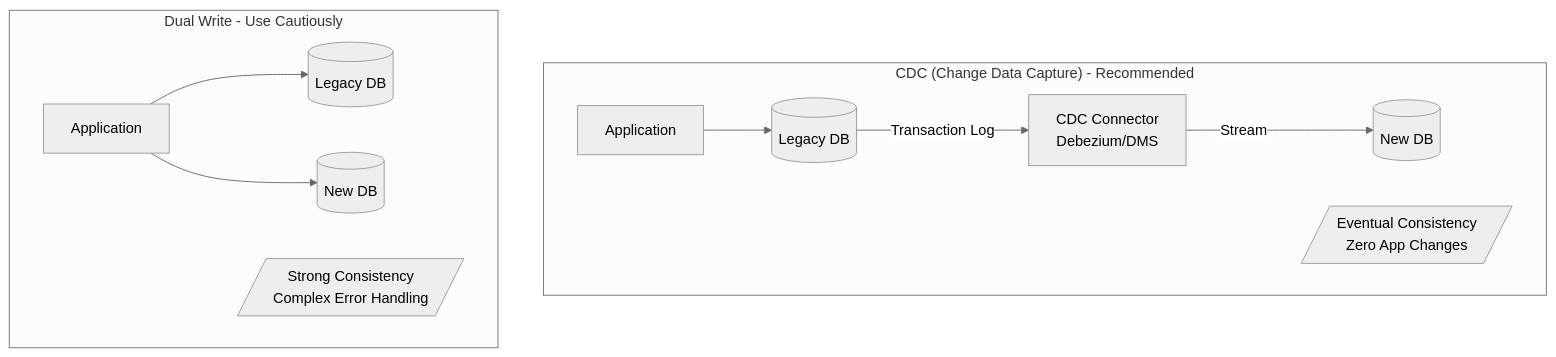
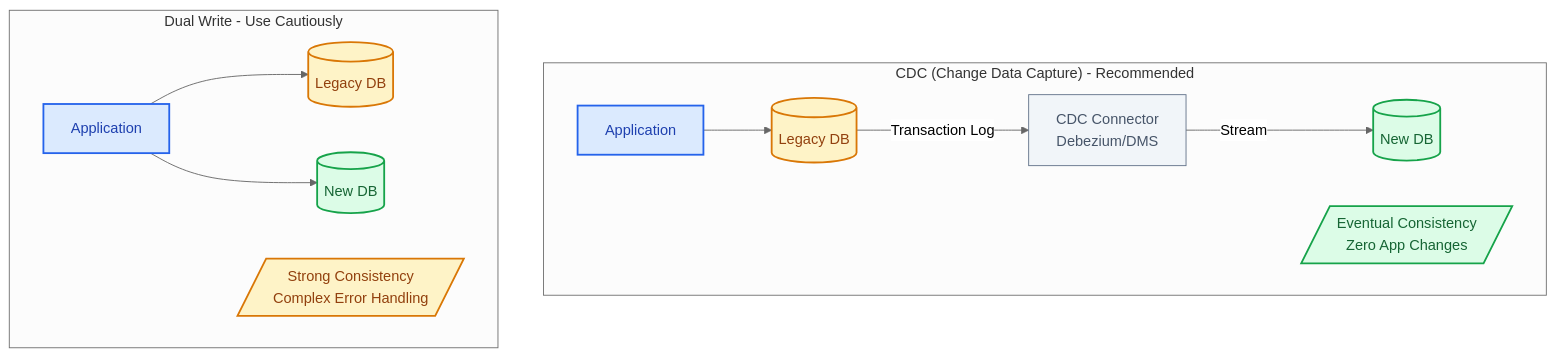
Before and after one commit to udaytamma/Cyrus: the third of 5 diagrams in gemini-responses/strangler-fig-pattern-20260120-0919.md, drawn with Mermaid (neutral theme). The commit also changed other lines of this file and 28 other files, not shown here.

First line of the commit message:
Upgrade Knowledge Base Mermaid diagrams to professional styling

````diff
--- a/gemini-responses/strangler-fig-pattern-20260120-0919.md
+++ b/gemini-responses/strangler-fig-pattern-20260120-0919.md
@@ -200,15 +220,27 @@
 ```mermaid
 flowchart TB
-    subgraph "CDC (Change Data Capture) - Recommended"
+    subgraph CDCPattern["CDC (Change Data Capture) - Recommended"]
         App1[Application] --> LDB1[(Legacy DB)]
-        LDB1 -->|Transaction Log| CDC[CDC Connector<br/>Debezium/DMS]
-        CDC -->|Stream| NDB1[(New DB)]
+        LDB1 -->|"Transaction Log"| CDC[CDC Connector<br/>Debezium/DMS]
+        CDC -->|"Stream"| NDB1[(New DB)]
         Note1[/"Eventual Consistency<br/>Zero App Changes"/]
     end
 
-    subgraph "Dual Write - Use Cautiously"
+    subgraph DualWritePattern["Dual Write - Use Cautiously"]
         App2[Application] --> LDB2[(Legacy DB)]
         App2 --> NDB2[(New DB)]
         Note2[/"Strong Consistency<br/>Complex Error Handling"/]
     end
+
+    classDef primary fill:#dbeafe,stroke:#2563eb,color:#1e40af,stroke-width:2px
+    classDef success fill:#dcfce7,stroke:#16a34a,color:#166534,stroke-width:2px
+    classDef warning fill:#fef3c7,stroke:#d97706,color:#92400e,stroke-width:2px
+    classDef neutral fill:#f1f5f9,stroke:#64748b,color:#475569,stroke-width:1px
+
+    class App1,App2 primary
+    class LDB1,LDB2 warning
+    class NDB1,NDB2 success
+    class CDC neutral
+    class Note1 success
+    class Note2 warning
 ```
````
